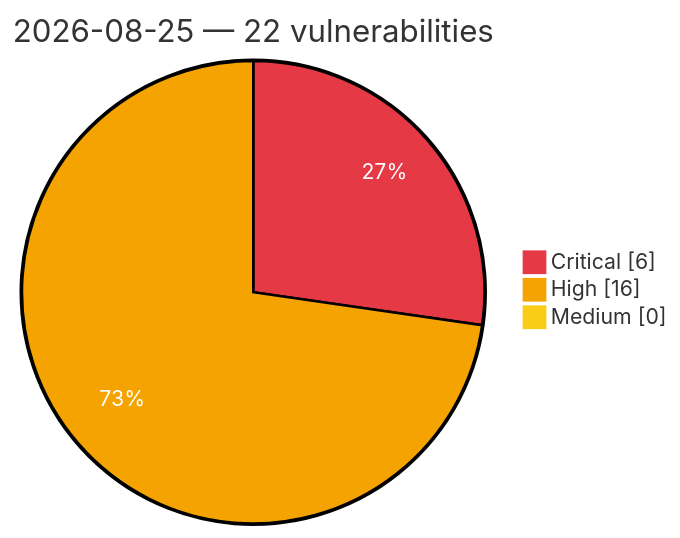
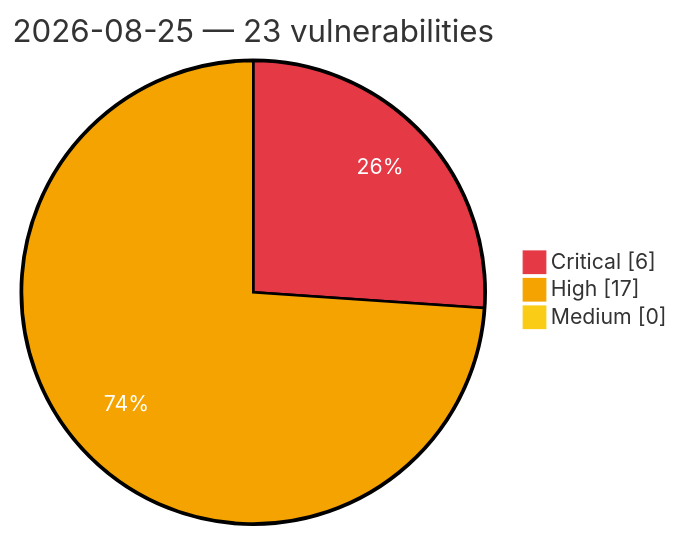
Before and after one commit to GhostX0X/vuln-tracker: the diagram in vulnerabilities/2026/August/2026-08-25.md, drawn with Mermaid. The commit also changed other lines of this file and 5 other files, not shown here.

````diff
--- a/vulnerabilities/2026/August/2026-08-25.md
+++ b/vulnerabilities/2026/August/2026-08-25.md
@@ -3,8 +3,8 @@
 ```mermaid
 %%{init: {'theme':'base', 'themeVariables': {'pie1':'#e63946', 'pie2':'#f4a300', 'pie3':'#facc15', 'pieOpacity':'1', 'pieOuterStrokeWidth':'2px', 'pieSectionTextColor':'#ffffff'}}}%%
 pie showData
-    title 2026-08-25 — 22 vulnerabilities
+    title 2026-08-25 — 23 vulnerabilities
     "Critical" : 6
-    "High" : 16
+    "High" : 17
     "Medium" : 0
 ```
````
